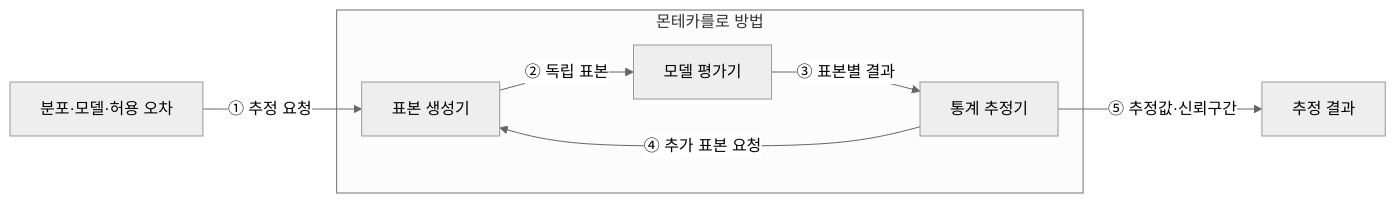
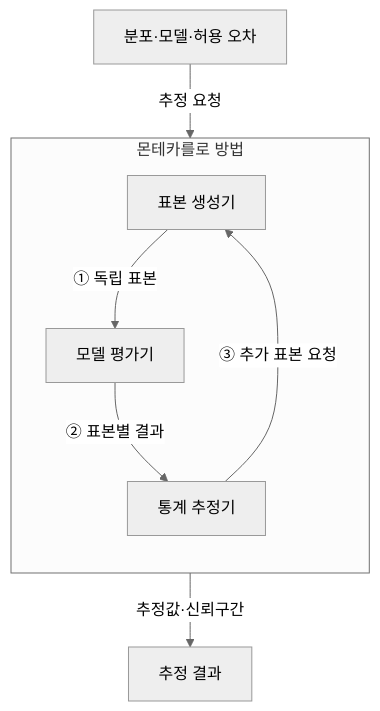
The second of 3 diagrams in src/content/docs/notes/01-basic-theory/017_monte_carlo.md (agnusdei1207/knowledge-base), drawn with Mermaid (neutral theme) before and after one commit. The commit also changed other lines of this file and 18 other files, not shown here.

Commit message:
docs: revise basic theory notes 001-020 diagrams

````diff
--- a/src/content/docs/notes/01-basic-theory/017_monte_carlo.md
+++ b/src/content/docs/notes/01-basic-theory/017_monte_carlo.md
@@ -68,10 +85,11 @@
 ```mermaid
-flowchart LR
-    Q[분포·모델·허용 오차] -->|① 추정 요청| G
+flowchart TB
+    Q[분포·모델·허용 오차] -->|추정 요청| G
     subgraph MC[몬테카를로 방법]
-        G[표본 생성기] -->|② 독립 표본| M[모델 평가기]
-        M -->|③ 표본별 결과| E[통계 추정기]
-        E -->|④ 추가 표본 요청| G
+        direction TB
+        G[표본 생성기] -->|① 독립 표본| M[모델 평가기]
+        M -->|② 표본별 결과| E[통계 추정기]
+        E -->|③ 추가 표본 요청| G
     end
-    E -->|⑤ 추정값·신뢰구간| O[추정 결과]
+    E -->|추정값·신뢰구간| O[추정 결과]
 ```
````
